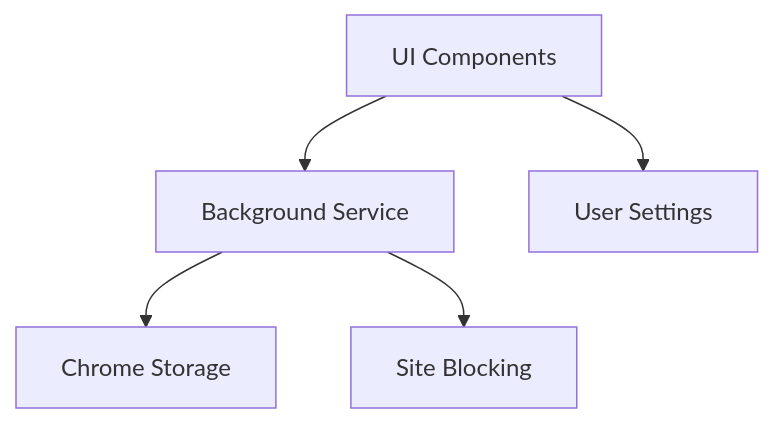
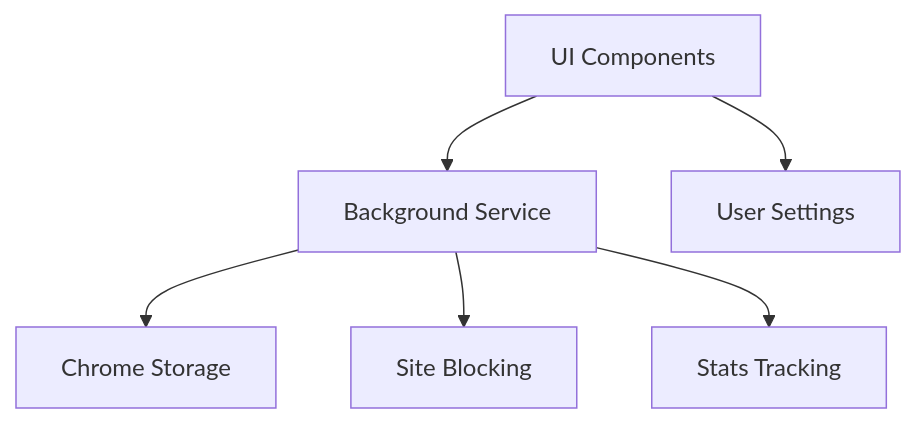
Before and after one commit to nabz0r/focus-flow-extension: the fifth of 5 diagrams in docs/ARCHITECTURE.md, drawn with Mermaid. The commit also changed other lines of this file and 2 other files, not shown here.

Commit message:
docs: update documentation with latest stats implementation

````diff
--- a/docs/ARCHITECTURE.md
+++ b/docs/ARCHITECTURE.md
@@ -72,7 +96,8 @@
 ```mermaid
 graph TD
     A[UI Components] --> B[Background Service]
     B --> C[Chrome Storage]
     B --> D[Site Blocking]
+    B --> F[Stats Tracking]
     A --> E[User Settings]
 ```
````
